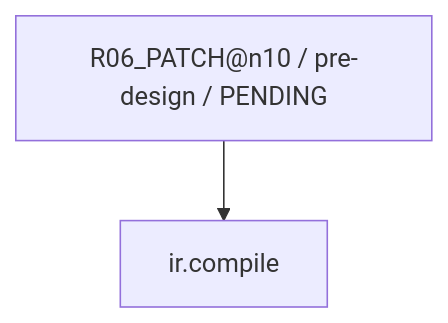
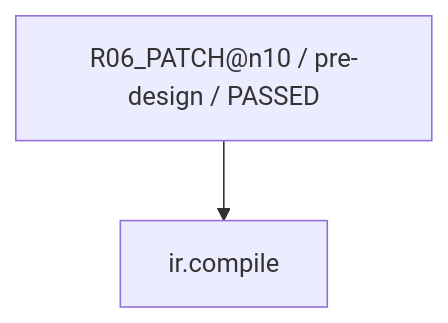
Diagram 18 of 30 in work/items/W-MATH-034-n09-n10-guided-design/generated/CAPABILITY_FIRE_DIAGRAM.md (rrikunagasige-dot/kyotsu-step-web), drawn with Mermaid before and after one commit. The commit also changed other lines of this file and 35 other files, not shown here.

````diff
--- a/work/items/W-MATH-034-n09-n10-guided-design/generated/CAPABILITY_FIRE_DIAGRAM.md
+++ b/work/items/W-MATH-034-n09-n10-guided-design/generated/CAPABILITY_FIRE_DIAGRAM.md
@@ -294,6 +294,6 @@
 ```mermaid
 flowchart TD
-  N0["R06_PATCH@n10 / pre-design / PENDING"]
+  N0["R06_PATCH@n10 / pre-design / PASSED"]
   N1["ir.compile"]
   N0 --> N1
 ```
````
